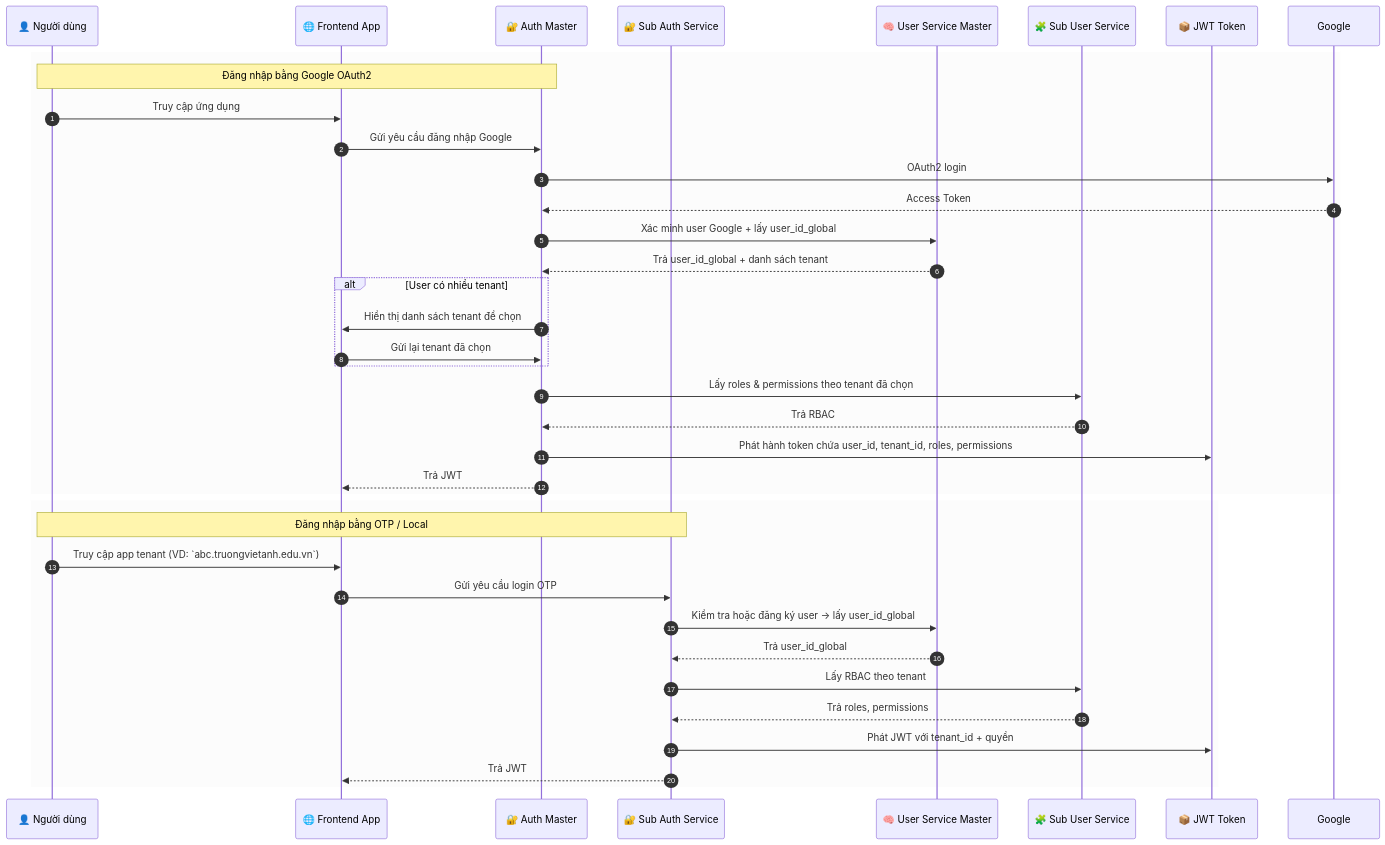
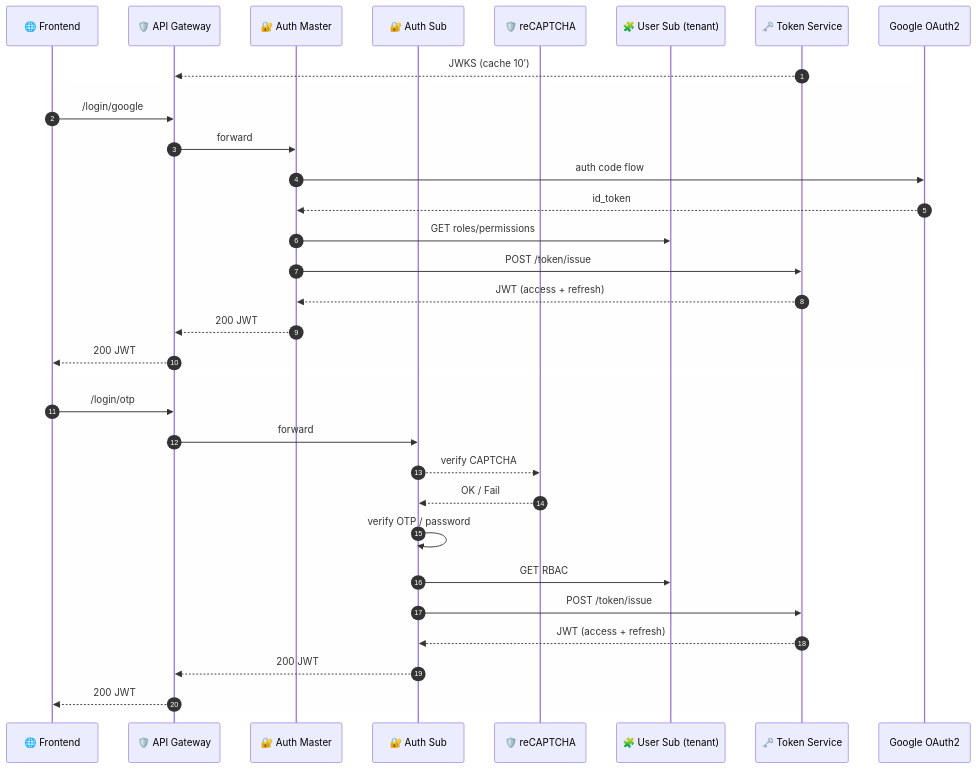
The third of 10 diagrams in docs/architecture/system-diagrams.md (ezdesign-vn/dx-vas), drawn with Mermaid before and after one commit. The commit also changed other lines of this file, not shown here.

````diff
--- a/docs/architecture/system-diagrams.md
+++ b/docs/architecture/system-diagrams.md
@@ -205,43 +202,39 @@
 ```mermaid
 sequenceDiagram
     autonumber
-    participant User as 👤 Người dùng
-    participant Frontend as 🌐 Frontend App
+    participant FE as 🌐 Frontend
+    participant APIGW as 🛡️ API Gateway
     participant AuthM as 🔐 Auth Master
-    participant AuthT as 🔐 Sub Auth Service
-    participant Master as 🧠 User Service Master
-    participant SubUser as 🧩 Sub User Service
-    participant JWT as 📦 JWT Token
+    participant AuthT as 🔐 Auth Sub
+    participant Captcha as 🛡️ reCAPTCHA
+    participant UserSub as 🧩 User Sub (tenant)
+    participant TokenSvc as 🗝️ Token Service
 
-    rect rgba(220,220,220,0.1)
-    Note over User, AuthM: Đăng nhập bằng Google OAuth2
-    User->>Frontend: Truy cập ứng dụng
-    Frontend->>AuthM: Gửi yêu cầu đăng nhập Google
-    AuthM->>Google: OAuth2 login
-    Google-->>AuthM: Access Token
-    AuthM->>Master: Xác minh user Google + lấy user_id_global
-    Master-->>AuthM: Trả user_id_global + danh sách tenant
+    %% JWKS cache line (dashed for offline verify)
+    TokenSvc-->>APIGW: JWKS (cache 10′)
 
-    alt User có nhiều tenant
-        AuthM->>Frontend: Hiển thị danh sách tenant để chọn
-        Frontend->>AuthM: Gửi lại tenant đã chọn
+    rect rgba(220,220,220,0.05)
+        FE->>APIGW: /login/google
+        APIGW->>AuthM: forward
+        AuthM->>Google OAuth2: auth code flow
+        Google OAuth2-->>AuthM: id_token
+        AuthM->>UserSub: GET roles/permissions
+        AuthM->>TokenSvc: POST /token/issue
+        TokenSvc-->>AuthM: JWT (access + refresh)
+        AuthM-->>APIGW: 200 JWT
+        APIGW-->>FE: 200 JWT
     end
 
-    AuthM->>SubUser: Lấy roles & permissions theo tenant đã chọn
-    SubUser-->>AuthM: Trả RBAC
-    AuthM->>JWT: Phát hành token chứa user_id, tenant_id, roles, permissions
-    AuthM-->>Frontend: Trả JWT
-    end
-
-    rect rgba(220,220,220,0.1)
-    Note over User, AuthT: Đăng nhập bằng OTP / Local
-    User->>Frontend: Truy cập app tenant (VD: `abc.truongvietanh.edu.vn`)
-    Frontend->>AuthT: Gửi yêu cầu login OTP
-    AuthT->>Master: Kiểm tra hoặc đăng ký user → lấy user_id_global
-    Master-->>AuthT: Trả user_id_global
-    AuthT->>SubUser: Lấy RBAC theo tenant
-    SubUser-->>AuthT: Trả roles, permissions
-    AuthT->>JWT: Phát JWT với tenant_id + quyền
-    AuthT-->>Frontend: Trả JWT
+    rect rgba(220,220,220,0.05)
+        FE->>APIGW: /login/otp
+        APIGW->>AuthT: forward
+        AuthT-->>Captcha: verify CAPTCHA
+        Captcha-->>AuthT: OK / Fail
+        AuthT->>AuthT: verify OTP / password
+        AuthT->>UserSub: GET RBAC
+        AuthT->>TokenSvc: POST /token/issue
+        TokenSvc-->>AuthT: JWT (access + refresh)
+        AuthT-->>APIGW: 200 JWT
+        APIGW-->>FE: 200 JWT
     end
 ```
````
